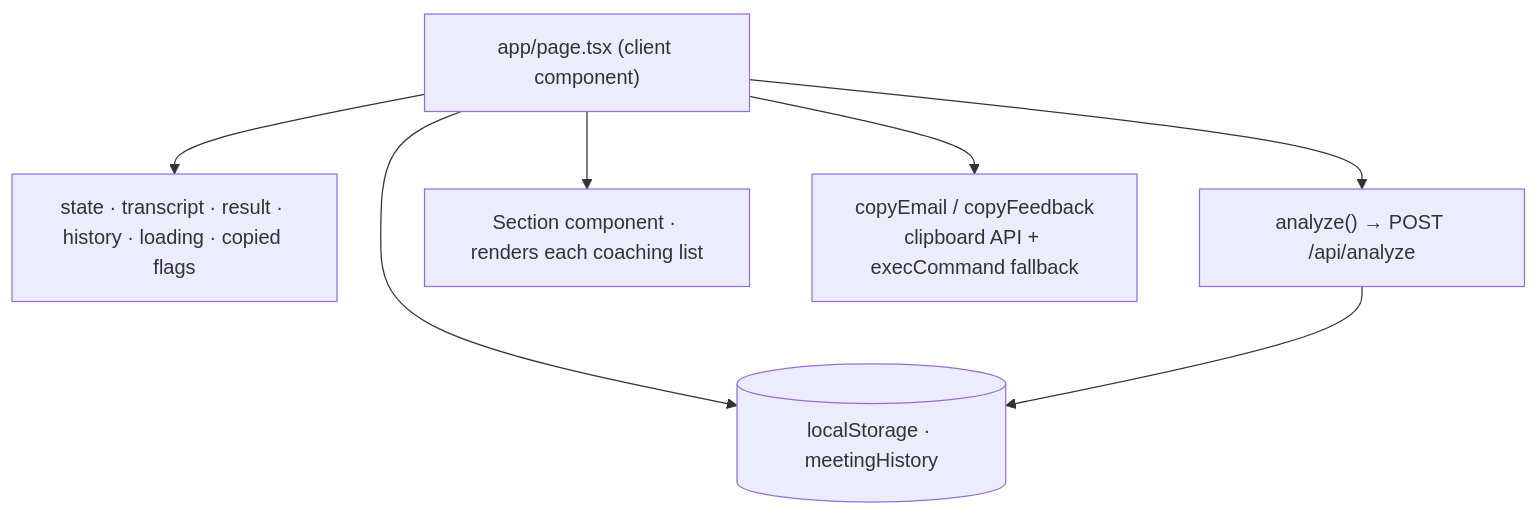
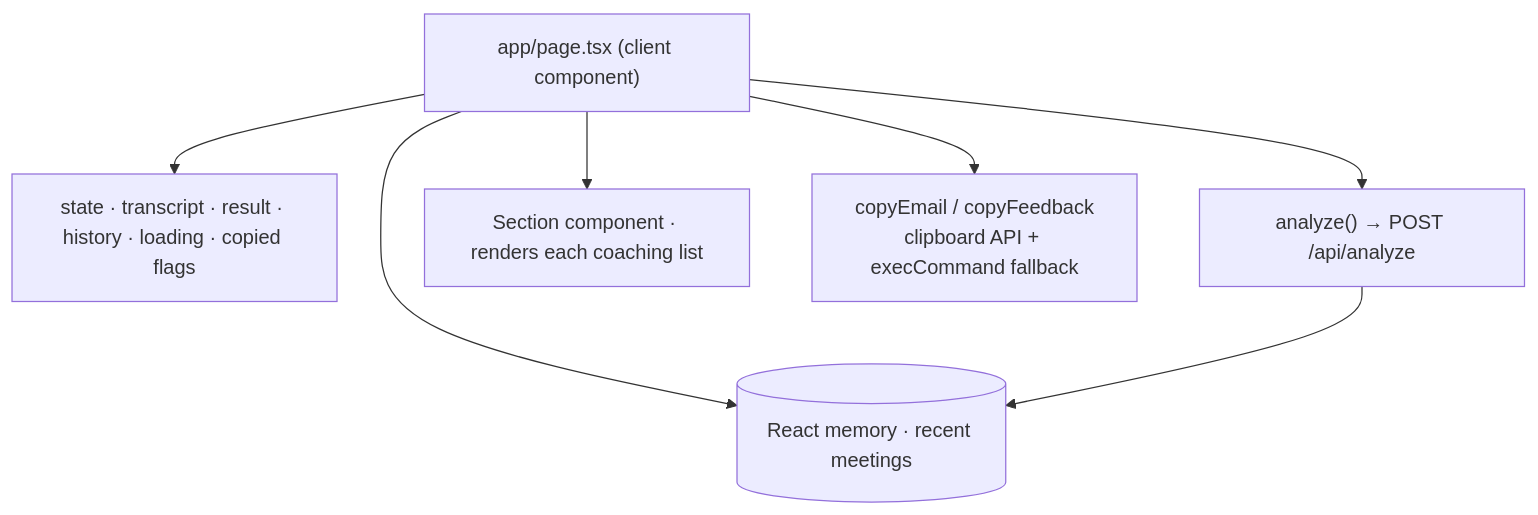
Before and after one commit to zshah101/granola-sales-coach: the fourth of 4 diagrams in README.md, drawn with Mermaid. The commit also changed other lines of this file and 13 other files, not shown here.

````diff
--- a/README.md
+++ b/README.md
@@ -149,10 +152,10 @@
 ```mermaid
 flowchart TD
     PAGE["app/page.tsx (client component)"]
     PAGE --> ST["state · transcript · result · history · loading · copied flags"]
     PAGE --> AN["analyze() → POST /api/analyze"]
     PAGE --> SEC["Section component · renders each coaching list"]
     PAGE --> CB["copyEmail / copyFeedback<br/>clipboard API + execCommand fallback"]
-    PAGE --> LS[("localStorage · meetingHistory")]
+    PAGE --> LS[("React memory · recent meetings")]
     AN --> LS
 ```
````
